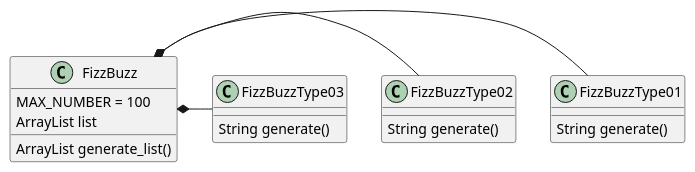
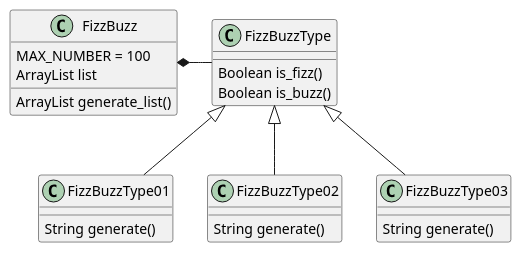
The diagram in docs/src/spec/fizz_buzz.adoc (hiroshima-arc/tdd_rb), drawn with PlantUML before and after one commit. The commit also changed 7 other files, not shown here.

Commit message:
docs: クラス図更新

```diff
--- a/docs/src/spec/fizz_buzz.adoc
+++ b/docs/src/spec/fizz_buzz.adoc
@@ -57,24 +57,30 @@
 [plantuml]
 ----
 class FizzBuzz {
     MAX_NUMBER = 100
     ArrayList list
     ArrayList generate_list()
+}
+
+class FizzBuzzType {
+  Boolean is_fizz()
+  Boolean is_buzz()
 }
 
 class FizzBuzzType01 {
     String generate()
 }
 
 class FizzBuzzType02 {
     String generate()
 }
 
 class FizzBuzzType03 {
     String generate()
 }
 
-FizzBuzz *- FizzBuzzType01
-FizzBuzz *- FizzBuzzType02
-FizzBuzz *- FizzBuzzType03
+FizzBuzz *- FizzBuzzType
+FizzBuzzType <|-- FizzBuzzType01
+FizzBuzzType <|-- FizzBuzzType02
+FizzBuzzType <|-- FizzBuzzType03
 ----
```
